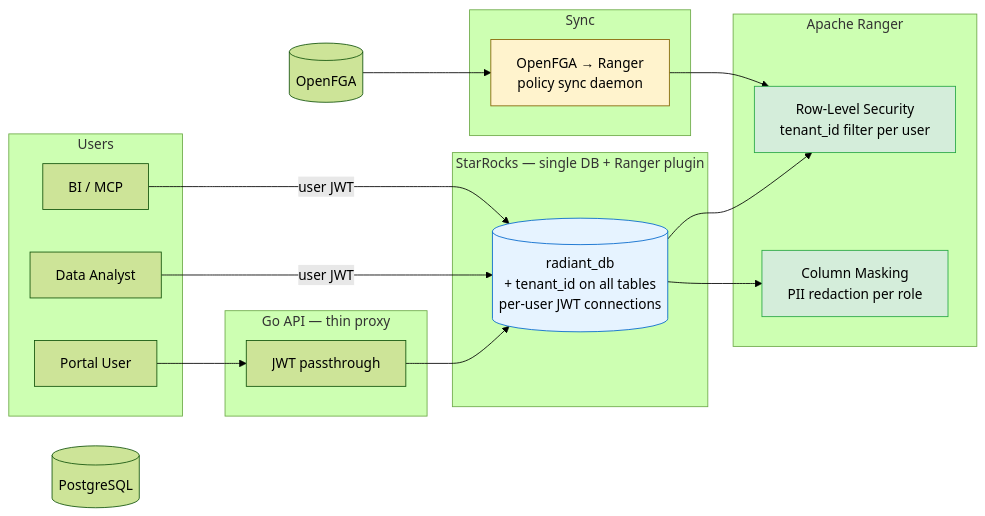
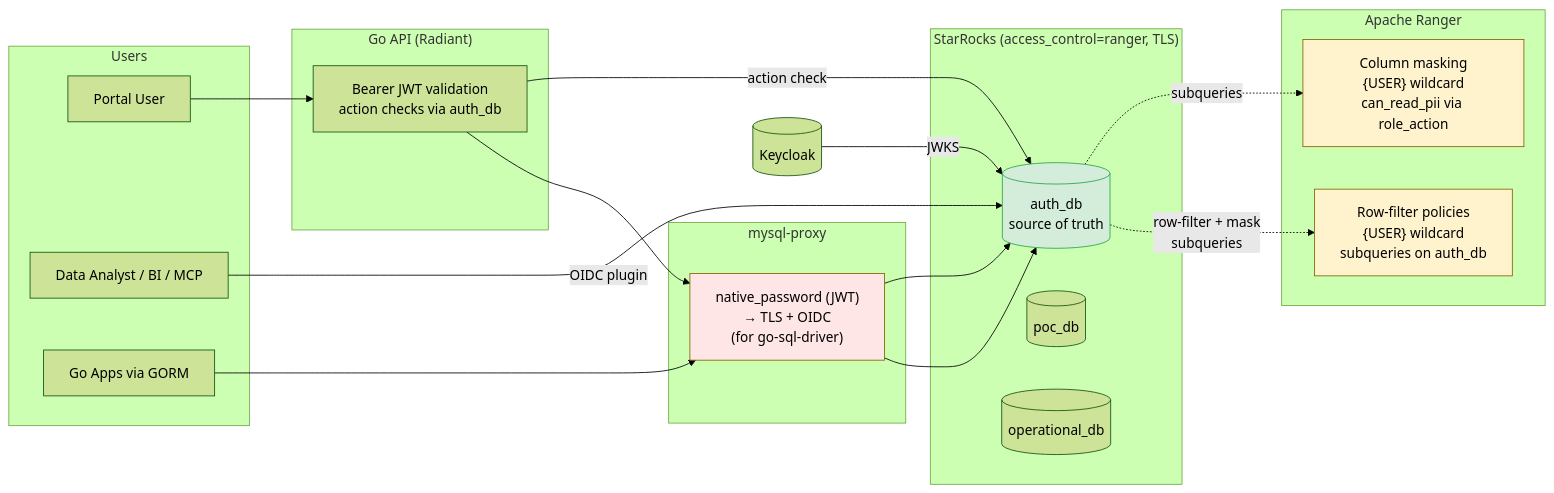
One commit to radiant-network/radiant-portal changed the fourth of 10 diagrams in docs/adr/multi-tenancy-security.md. Above: the diagram before and after it, drawn with Mermaid (forest theme). The commit also changed other lines of this file, not shown here.

````diff
--- a/docs/adr/multi-tenancy-security.md
+++ b/docs/adr/multi-tenancy-security.md
@@ -401,40 +416,42 @@
 ```mermaid
 graph LR
     subgraph Users
         Portal[Portal User]
-        Analyst[Data Analyst]
-        BI[BI / MCP]
+        Analyst[Data Analyst / BI / MCP]
+        GoApp[Go Apps via GORM]
     end
 
-    subgraph "Go API — thin proxy"
-        MW["JWT passthrough"]
+    subgraph "Go API (Radiant)"
+        MW["Bearer JWT validation<br/>action checks via auth_db"]
+    end
+
+    subgraph "mysql-proxy"
+        PROXY["native_password (JWT)<br/>→ TLS + OIDC<br/>(for go-sql-driver)"]
     end
 
     subgraph "Apache Ranger"
-        RP["Row-Level Security<br/>tenant_id filter per user"]
-        CM["Column Masking<br/>PII redaction per role"]
+        RP["Row-filter policies<br/>{USER} wildcard<br/>subqueries on auth_db"]
+        CM["Column masking<br/>{USER} wildcard<br/>can_read_pii via role_action"]
     end
 
-    subgraph "StarRocks — single DB + Ranger plugin"
-        SR[("radiant_db<br/>+ tenant_id on all tables<br/>per-user JWT connections")]
+    subgraph "StarRocks (access_control=ranger, TLS)"
+        AUTH[("auth_db<br/>source of truth")]
+        POC[(poc_db)]
+        OPS[(operational_db)]
     end
 
-    subgraph "Sync"
-        SYNC["OpenFGA → Ranger<br/>policy sync daemon"]
-    end
+    KC[(Keycloak)]
 
-    PG[(PostgreSQL)]
-    FGA[(OpenFGA)]
+    Portal --> MW --> PROXY --> AUTH
+    MW -- "action check" --> AUTH
+    Analyst -- "OIDC plugin" --> AUTH
+    GoApp --> PROXY --> AUTH
+    AUTH -. "row-filter + mask<br/>subqueries" .-> RP
+    AUTH -. "subqueries" .-> CM
+    KC -- "JWKS" --> AUTH
 
-    Portal --> MW --> SR
-    Analyst -- "user JWT" --> SR
-    BI -- "user JWT" --> SR
-    SR --> RP
-    SR --> CM
-    FGA --> SYNC --> RP
-
-    style RP fill:#d4edda,stroke:#28a745
-    style CM fill:#d4edda,stroke:#28a745
-    style SYNC fill:#fff3cd,stroke:#856404
-    style SR fill:#e6f3ff,stroke:#0066cc
+    style AUTH fill:#d4edda,stroke:#28a745
+    style RP fill:#fff3cd,stroke:#856404
+    style CM fill:#fff3cd,stroke:#856404
+    style PROXY fill:#ffe6e6,stroke:#856404
 ```
````
